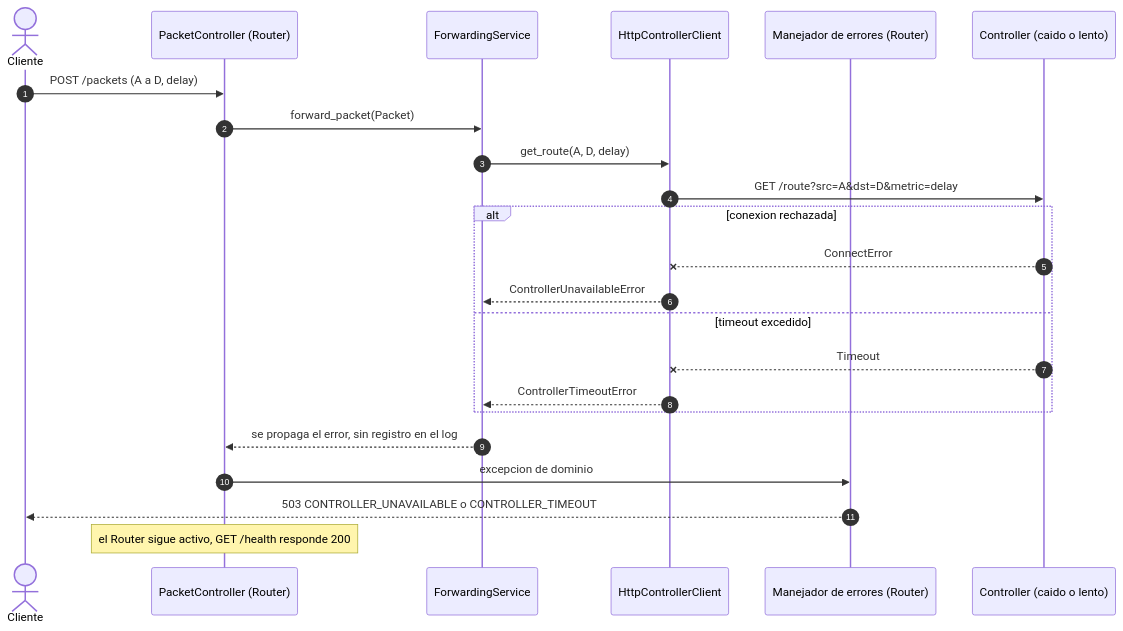
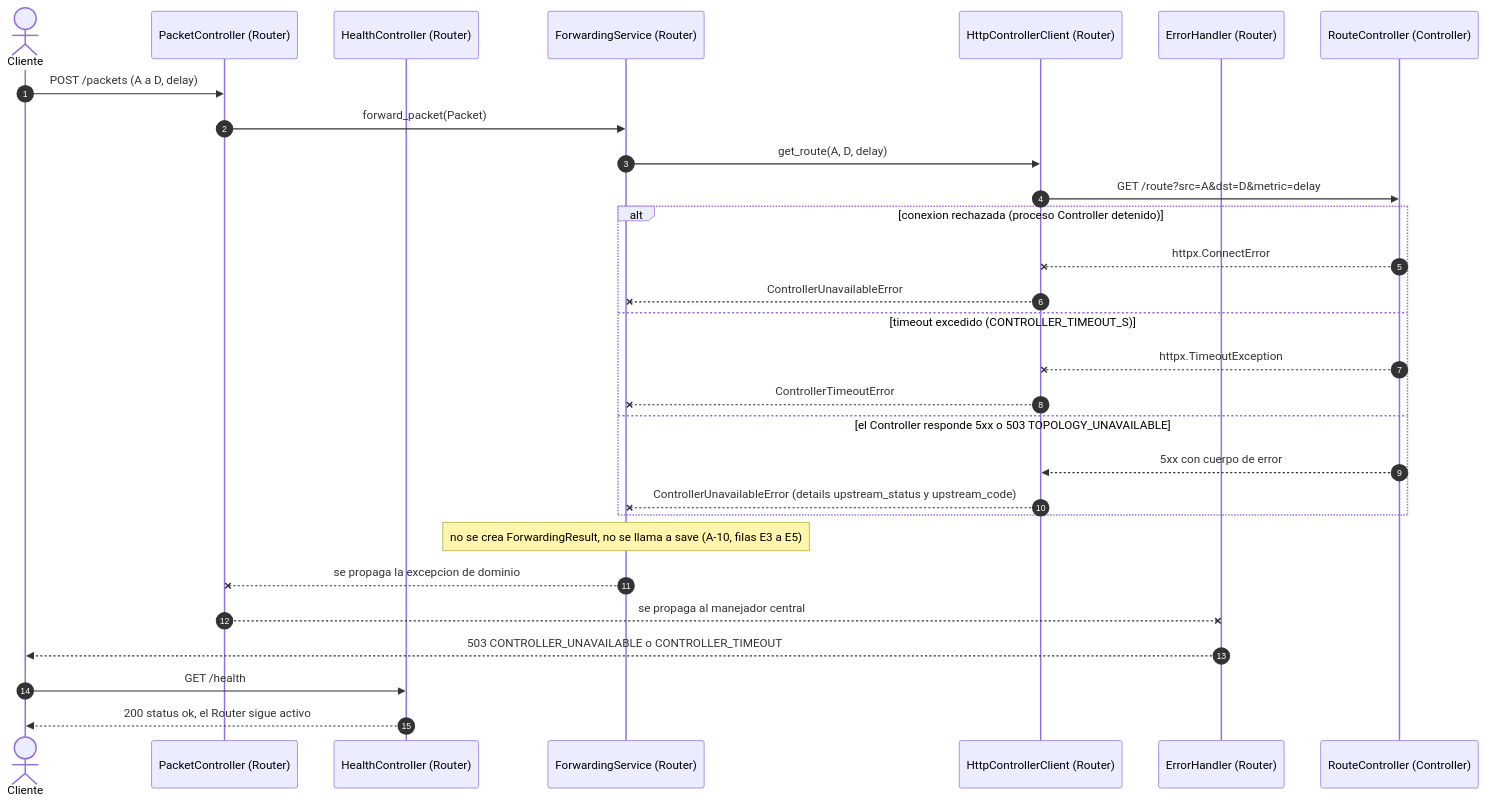
One commit to davidkordonez-sketch/informatica-t changed the third of 5 diagrams in Informatica3/Informatica3/03-dynamic-architecture.md. Above: the diagram before and after it, drawn with Mermaid. The commit also changed other lines of this file and 5 other files, not shown here.

````diff
--- a/Informatica3/Informatica3/03-dynamic-architecture.md
+++ b/Informatica3/Informatica3/03-dynamic-architecture.md
@@ -128,26 +208,32 @@
 ```mermaid
 sequenceDiagram
     autonumber
     actor Cli as Cliente
     participant PC as PacketController (Router)
-    participant FS as ForwardingService
-    participant HC as HttpControllerClient
-    participant EH as Manejador de errores (Router)
-    participant CT as Controller (caido o lento)
+    participant RHC as HealthController (Router)
+    participant FS as ForwardingService (Router)
+    participant HC as HttpControllerClient (Router)
+    participant REH as ErrorHandler (Router)
+    participant RC as RouteController (Controller)
 
     Cli->>PC: POST /packets (A a D, delay)
     PC->>FS: forward_packet(Packet)
     FS->>HC: get_route(A, D, delay)
-    HC->>CT: GET /route?src=A&dst=D&metric=delay
-    alt conexion rechazada
-        CT--xHC: ConnectError
-        HC-->>FS: ControllerUnavailableError
-    else timeout excedido
-        CT--xHC: Timeout
-        HC-->>FS: ControllerTimeoutError
+    HC->>RC: GET /route?src=A&dst=D&metric=delay
+    alt conexion rechazada (proceso Controller detenido)
+        RC--xHC: httpx.ConnectError
+        HC--xFS: ControllerUnavailableError
+    else timeout excedido (CONTROLLER_TIMEOUT_S)
+        RC--xHC: httpx.TimeoutException
+        HC--xFS: ControllerTimeoutError
+    else el Controller responde 5xx o 503 TOPOLOGY_UNAVAILABLE
+        RC-->>HC: 5xx con cuerpo de error
+        HC--xFS: ControllerUnavailableError (details upstream_status y upstream_code)
     end
-    FS-->>PC: se propaga el error, sin registro en el log
-    PC->>EH: excepcion de dominio
-    EH-->>Cli: 503 CONTROLLER_UNAVAILABLE o CONTROLLER_TIMEOUT
-    Note over PC: el Router sigue activo, GET /health responde 200
+    Note over FS: no se crea ForwardingResult, no se llama a save (A-10, filas E3 a E5)
+    FS--xPC: se propaga la excepcion de dominio
+    PC--xREH: se propaga al manejador central
+    REH-->>Cli: 503 CONTROLLER_UNAVAILABLE o CONTROLLER_TIMEOUT
+    Cli->>RHC: GET /health
+    RHC-->>Cli: 200 status ok, el Router sigue activo
 ```
````
